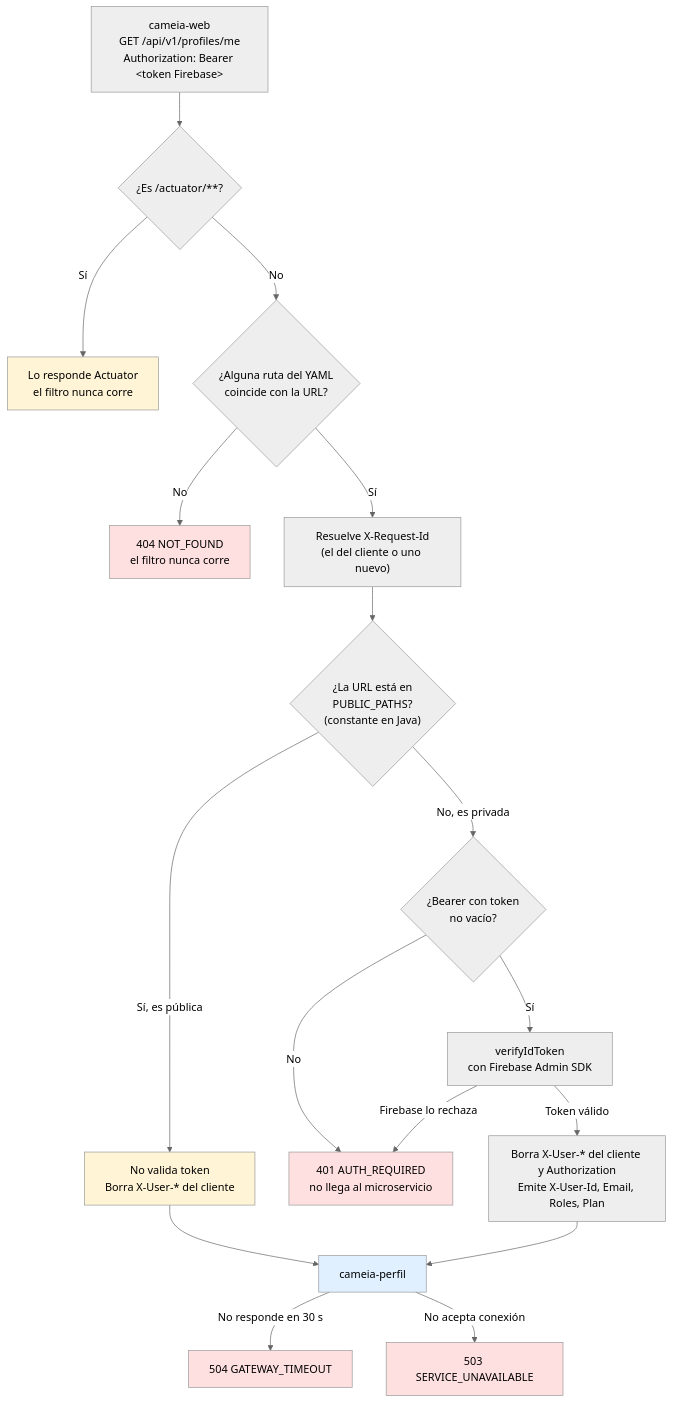
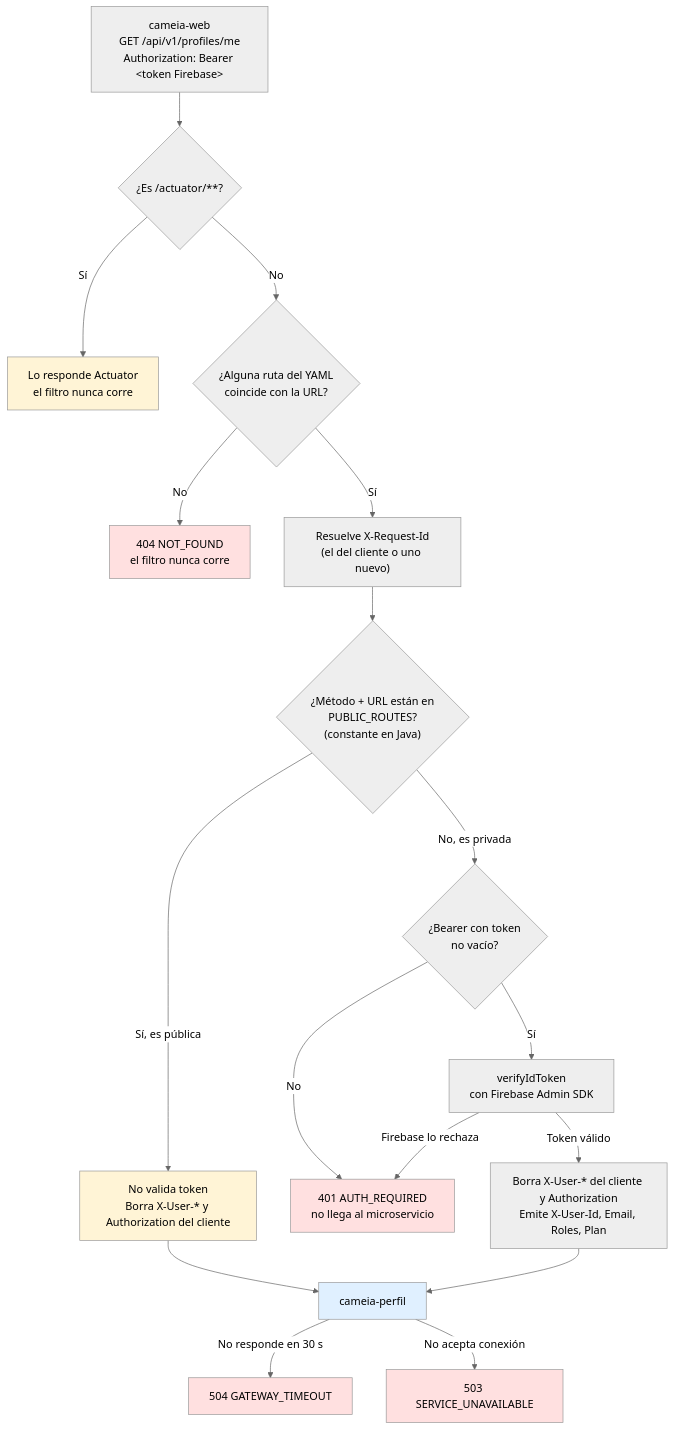
The first of 5 diagrams in docs/COMO-FUNCIONA.md (Forkthec/cameia-gateway), drawn with Mermaid (neutral theme) before and after one commit. The commit also changed other lines of this file and 28 other files, not shown here.

````diff
--- a/docs/COMO-FUNCIONA.md
+++ b/docs/COMO-FUNCIONA.md
@@ -66,30 +71,30 @@
 ```mermaid
 flowchart TD
     A["cameia-web<br/>GET /api/v1/profiles/me<br/>Authorization: Bearer &lt;token Firebase&gt;"] --> ACT{"¿Es /actuator/**?"}
     ACT -->|Sí| ACTR["Lo responde Actuator<br/>el filtro nunca corre"]
     ACT -->|No| B{"¿Alguna ruta del YAML<br/>coincide con la URL?"}
     B -->|No| C["404 NOT_FOUND<br/>el filtro nunca corre"]
     B -->|Sí| RID["Resuelve X-Request-Id<br/>(el del cliente o uno nuevo)"]
-    RID --> D{"¿La URL está en<br/>PUBLIC_PATHS?<br/>(constante en Java)"}
+    RID --> D{"¿Método + URL están en<br/>PUBLIC_ROUTES?<br/>(constante en Java)"}
 
-    D -->|Sí, es pública| E["No valida token<br/>Borra X-User-* del cliente"]
+    D -->|Sí, es pública| E["No valida token<br/>Borra X-User-* y Authorization del cliente"]
     D -->|No, es privada| F{"¿Bearer con token<br/>no vacío?"}
 
     F -->|No| G["401 AUTH_REQUIRED<br/>no llega al microservicio"]
     F -->|Sí| V["verifyIdToken<br/>con Firebase Admin SDK"]
     V -->|Firebase lo rechaza| G
     V -->|Token válido| H["Borra X-User-* del cliente y Authorization<br/>Emite X-User-Id, Email, Roles, Plan"]
 
     E --> I["cameia-perfil"]
     H --> I
     I -->|No responde en 30 s| T["504 GATEWAY_TIMEOUT"]
     I -->|No acepta conexión| U["503 SERVICE_UNAVAILABLE"]
 
     style C fill:#ffe0e0
     style G fill:#ffe0e0
     style T fill:#ffe0e0
     style U fill:#ffe0e0
     style E fill:#fff4d6
     style ACTR fill:#fff4d6
     style I fill:#e0f0ff
 ```
````
